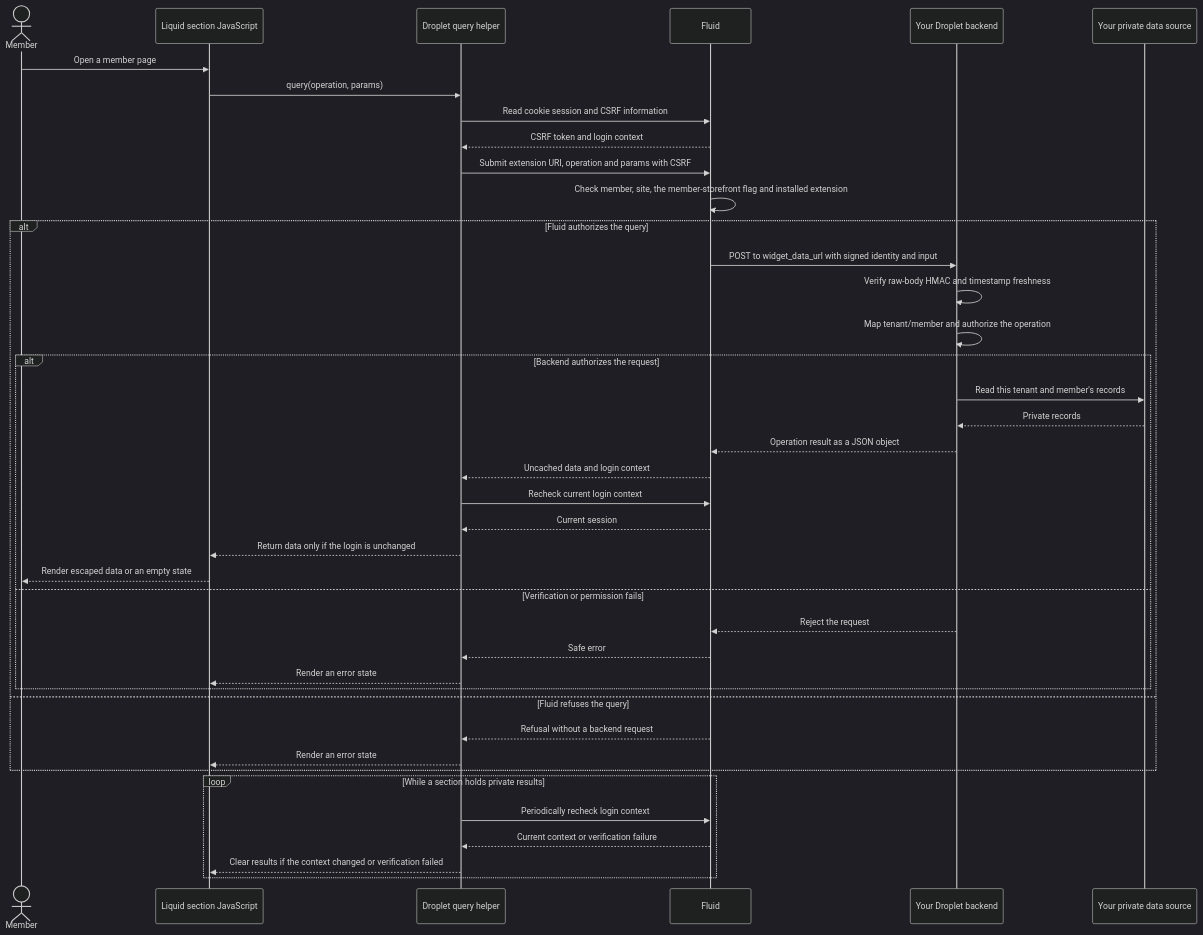
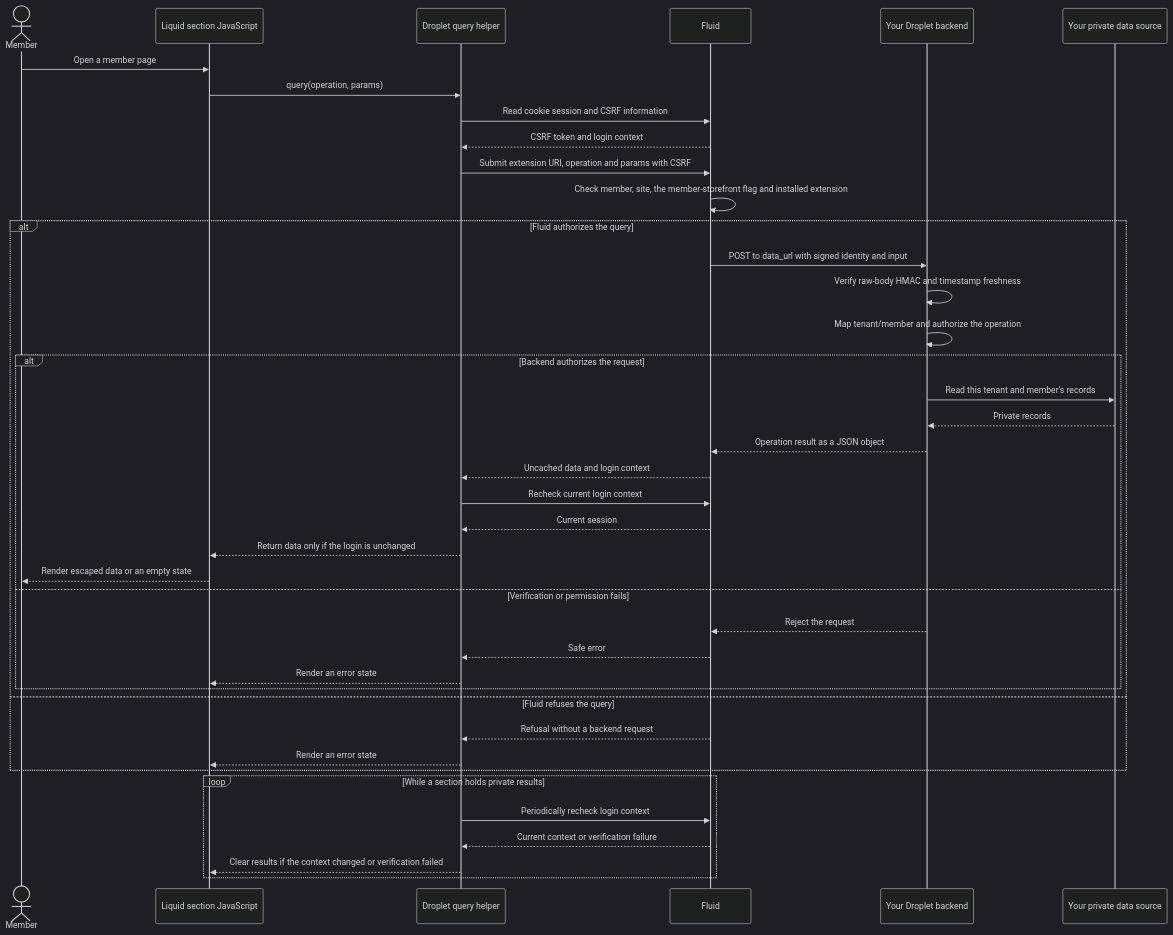
Before and after one commit to fluid-commerce/mintlify-starter: the diagram in themes/member-storefront/droplet-data.mdx, drawn with Mermaid (dark theme). The commit also changed other lines of this file and 3 other files, not shown here.

````diff
--- a/themes/member-storefront/droplet-data.mdx
+++ b/themes/member-storefront/droplet-data.mdx
@@ -57,43 +70,43 @@
 ```mermaid
 sequenceDiagram
     actor Member
     participant Section as Liquid section JavaScript
     participant Helper as Droplet query helper
     participant Fluid
     participant Backend as Your Droplet backend
     participant Data as Your private data source
 
     Member->>Section: Open a member page
     Section->>Helper: query(operation, params)
     Helper->>Fluid: Read cookie session and CSRF information
     Fluid-->>Helper: CSRF token and login context
     Helper->>Fluid: Submit extension URI, operation and params with CSRF
     Fluid->>Fluid: Check member, site, the member-storefront flag and installed extension
     alt Fluid authorizes the query
-        Fluid->>Backend: POST to widget_data_url with signed identity and input
+        Fluid->>Backend: POST to data_url with signed identity and input
         Backend->>Backend: Verify raw-body HMAC and timestamp freshness
         Backend->>Backend: Map tenant/member and authorize the operation
         alt Backend authorizes the request
             Backend->>Data: Read this tenant and member's records
             Data-->>Backend: Private records
             Backend-->>Fluid: Operation result as a JSON object
             Fluid-->>Helper: Uncached data and login context
             Helper->>Fluid: Recheck current login context
             Fluid-->>Helper: Current session
             Helper-->>Section: Return data only if the login is unchanged
             Section-->>Member: Render escaped data or an empty state
         else Verification or permission fails
             Backend-->>Fluid: Reject the request
             Fluid-->>Helper: Safe error
             Helper-->>Section: Render an error state
         end
     else Fluid refuses the query
         Fluid-->>Helper: Refusal without a backend request
         Helper-->>Section: Render an error state
     end
     loop While a section holds private results
         Helper->>Fluid: Periodically recheck login context
         Fluid-->>Helper: Current context or verification failure
         Helper-->>Section: Clear results if the context changed or verification failed
     end
 ```
````
